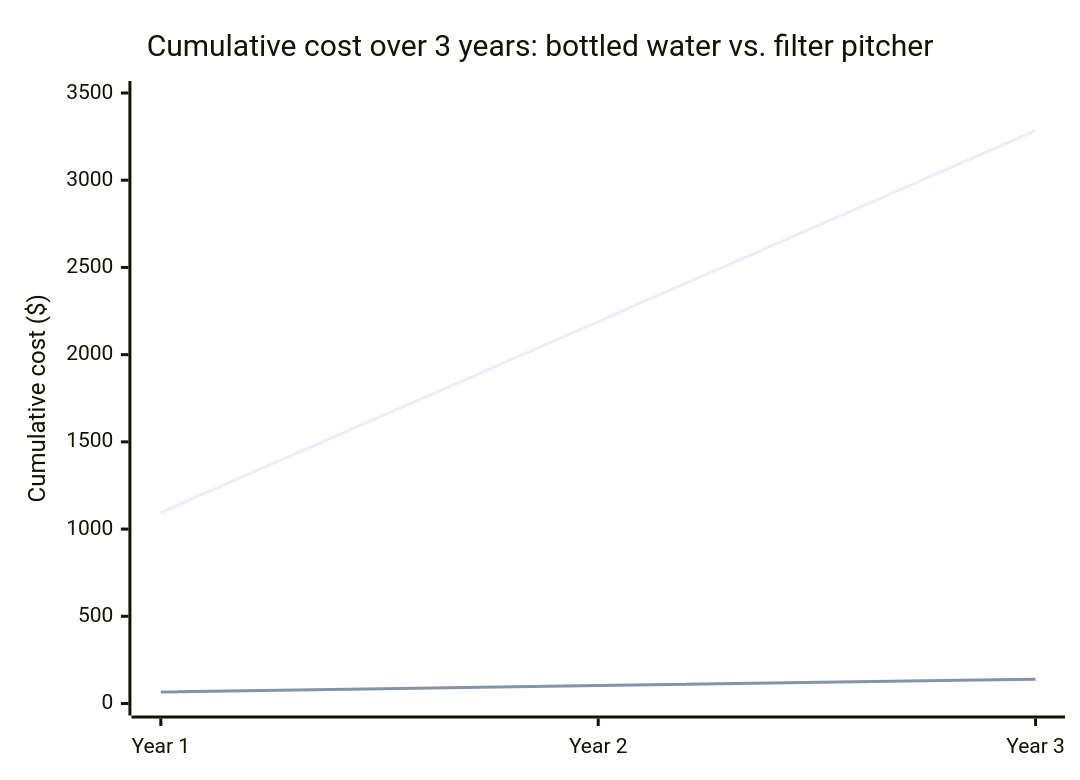
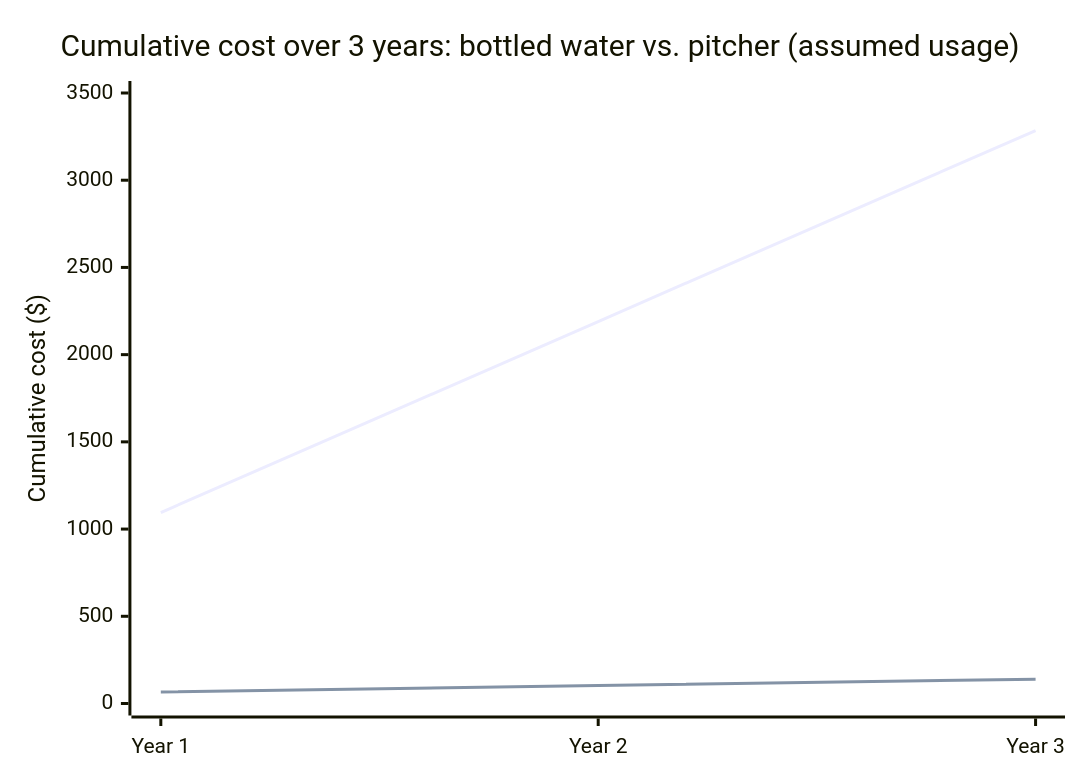
Before and after one commit to francoandreDev/knowledge: the diagram in src/content/product-domain/value-framing-over-feature-framing/L3-deep-dive.mdx, drawn with Mermaid. The commit also changed other lines of this file and 3 other files, not shown here.

````diff
--- a/src/content/product-domain/value-framing-over-feature-framing/L3-deep-dive.mdx
+++ b/src/content/product-domain/value-framing-over-feature-framing/L3-deep-dive.mdx
@@ -103,8 +109,8 @@
 ```mermaid
 xychart-beta
-    title "Cumulative cost over 3 years: bottled water vs. filter pitcher"
+    title "Cumulative cost over 3 years: bottled water vs. pitcher (assumed usage)"
     x-axis ["Year 1", "Year 2", "Year 3"]
     y-axis "Cumulative cost ($)" 0 --> 3500
     line [1095, 2190, 3285]
     line [66.5, 103, 139.5]
 ```
````
